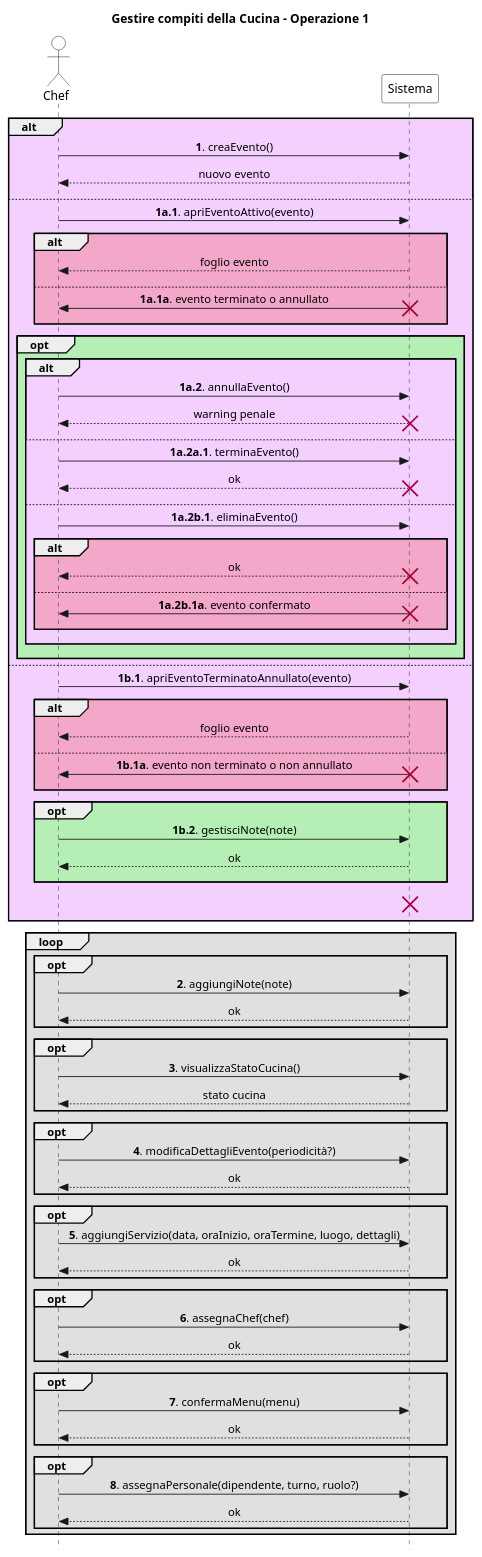
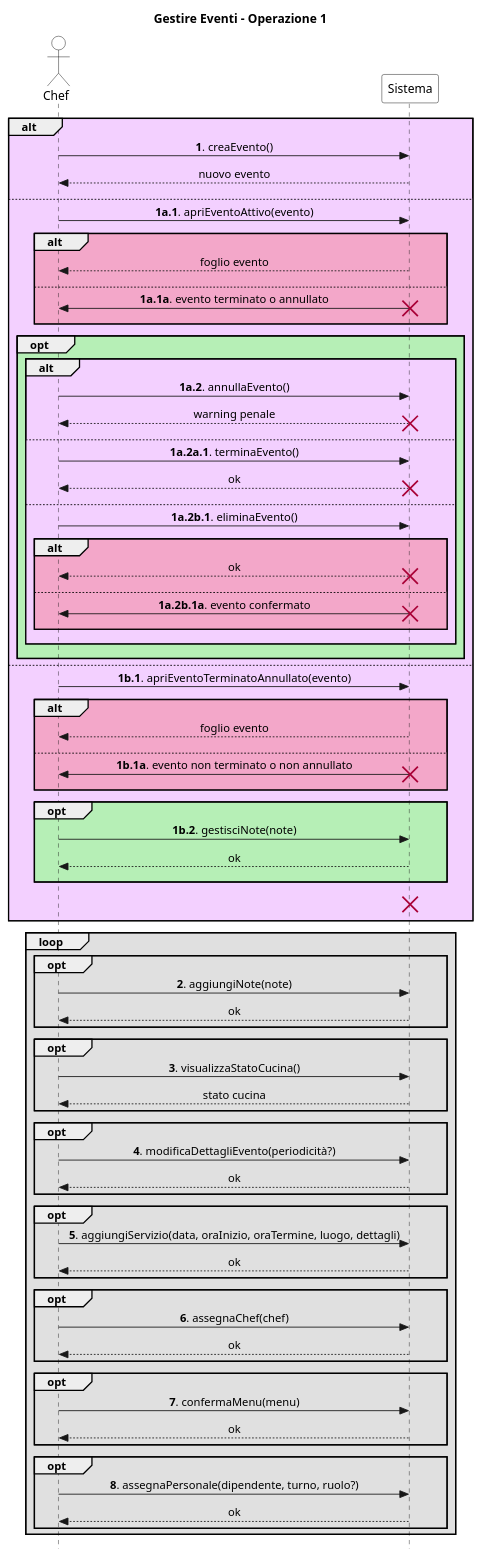
The diagram in UP/Requisiti/UC Gestire Eventi/SSD/Estensioni-Eccezioni Op1.puml (stefa168/sas-project), drawn with PlantUML before and after one commit. The commit also changed 5 other files, not shown here.

```diff
--- a/UP/Requisiti/UC Gestire Eventi/SSD/Estensioni-Eccezioni Op1.puml
+++ b/UP/Requisiti/UC Gestire Eventi/SSD/Estensioni-Eccezioni Op1.puml
@@ -1,118 +1,118 @@
 @startuml
 skinparam Style strictuml
 skinparam SequenceMessageAlign center
 
 skinparam sequence {
     ActorBorderColor Black
     ActorBackgroundColor White
     ParticipantBorderColor Black
     ParticipantBackgroundColor White
 }
 
 actor Chef
 participant Sistema
 
-title Gestire compiti della Cucina - Operazione 1
+title Gestire Eventi - Operazione 1
 
 alt #f3d0ff
     Chef -> Sistema: **1**. creaEvento()
     return nuovo evento
     ||10||
 else
     Chef -> Sistema: **1a.1**. apriEventoAttivo(evento)
     alt #f3a7c9
         return foglio evento
         ||10||
     else
         Chef <- Sistema: **1a.1a**. evento terminato o annullato
         destroy Sistema
         ||10||
     end
 
     opt #b6efb6
         alt #f3d0ff
             Chef -> Sistema: **1a.2**. annullaEvento()
             return warning penale
             destroy Sistema
             ||10||
         else
             Chef -> Sistema: **1a.2a.1**. terminaEvento()
             return ok
             destroy Sistema
             ||10||
         else
             Chef -> Sistema: **1a.2b.1**. eliminaEvento()
             alt #f3a7c9
                 return ok
                 destroy Sistema
                 ||10||
             else
                Chef <- Sistema: **1a.2b.1a**. evento confermato
                destroy Sistema
                ||10||
             end
             ||10||
         end
         ' non abbiamo modo di modificare il colore della X
         ||10||
     end
 else
     Chef -> Sistema: **1b.1**. apriEventoTerminatoAnnullato(evento)
     alt #f3a7c9
         return foglio evento
         ||10||
     else
         Chef <- Sistema: **1b.1a**. evento non terminato o non annullato
         destroy Sistema
         ||10||
     end
 
     opt #b6efb6
         Chef -> Sistema: **1b.2**. gestisciNote(note)
         return ok
         ||10||
     end
 
     ||10||
     destroy Sistema
 '    note over Chef, Sistema #fff: Il caso d'uso termina.
     ||10||
 end
 
 loop #e0e0e0
     opt #e0e0e0
         Chef -> Sistema: **2**. aggiungiNote(note)
         return ok
     end
 
     opt #e0e0e0
         Chef -> Sistema: **3**. visualizzaStatoCucina()
         return stato cucina
     end
 
     opt #e0e0e0
         Chef -> Sistema: **4**. modificaDettagliEvento(periodicità?)
         return ok
     end
 
     opt #e0e0e0
         Chef -> Sistema: **5**. aggiungiServizio(data, oraInizio, oraTermine, luogo, dettagli)
         return ok
     end
 
     opt #e0e0e0
         Chef -> Sistema: **6**. assegnaChef(chef)
         return ok
     end
 
     opt #e0e0e0
         Chef -> Sistema: **7**. confermaMenu(menu)
         return ok
     end
 
     opt #e0e0e0
         Chef -> Sistema: **8**. assegnaPersonale(dipendente, turno, ruolo?)
         return ok
     end
 end
 @enduml
```
